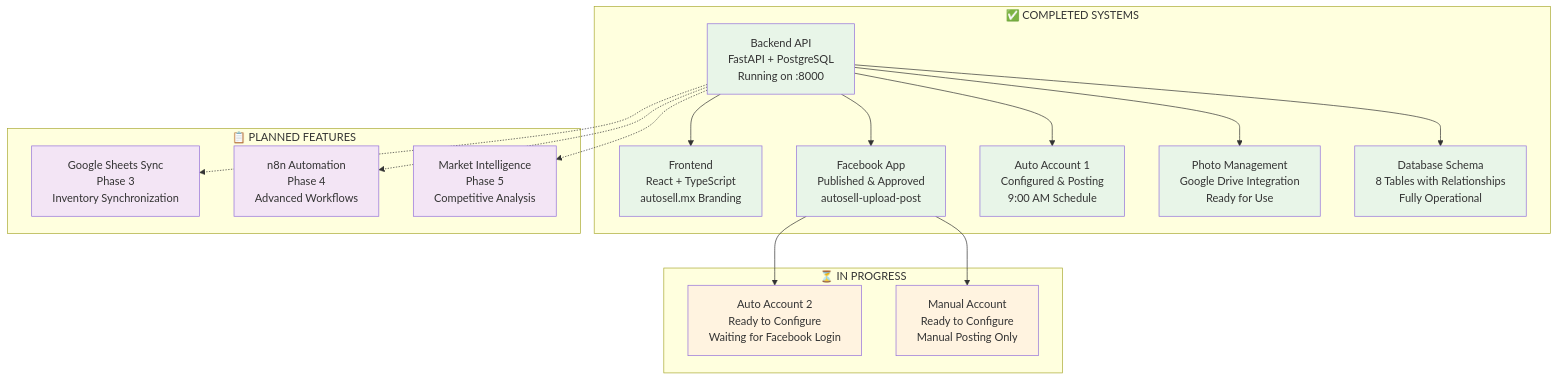
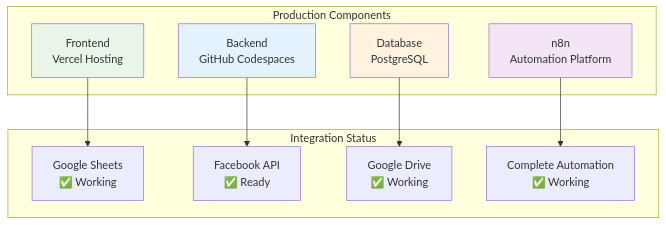
The tenth of 11 diagrams in prompts-mg.md (mg22mex/finalproject-mg), drawn with Mermaid before and after one commit. The commit also changed other lines of this file and 61386 other files, not shown here.

First line of the commit message:
📚 Complete Documentation Update - Final System Status

````diff
--- a/prompts-mg.md
+++ b/prompts-mg.md
@@ -1036,47 +936,26 @@
 ```mermaid
 graph TB
-    subgraph "✅ COMPLETED SYSTEMS"
-        A[Backend API<br/>FastAPI + PostgreSQL<br/>Running on :8000]
-        B[Frontend<br/>React + TypeScript<br/>autosell.mx Branding]
-        C[Facebook App<br/>Published & Approved<br/>autosell-upload-post]
-        D[Auto Account 1<br/>Configured & Posting<br/>9:00 AM Schedule]
-        E[Photo Management<br/>Google Drive Integration<br/>Ready for Use]
-        F[Database Schema<br/>8 Tables with Relationships<br/>Fully Operational]
+    subgraph "Production Components"
+        A[Frontend<br/>Vercel Hosting]
+        B[Backend<br/>GitHub Codespaces]
+        C[Database<br/>PostgreSQL]
+        D[n8n<br/>Automation Platform]
     end
     
-    subgraph "⏳ IN PROGRESS"
-        G[Auto Account 2<br/>Ready to Configure<br/>Waiting for Facebook Login]
-        H[Manual Account<br/>Ready to Configure<br/>Manual Posting Only]
+    subgraph "Integration Status"
+        E[Google Sheets<br/>✅ Working]
+        F[Facebook API<br/>✅ Ready]
+        G[Google Drive<br/>✅ Working]
+        H[Complete Automation<br/>✅ Working]
     end
     
-    subgraph "📋 PLANNED FEATURES"
-        I[Google Sheets Sync<br/>Phase 3<br/>Inventory Synchronization]
-        J[n8n Automation<br/>Phase 4<br/>Advanced Workflows]
-        K[Market Intelligence<br/>Phase 5<br/>Competitive Analysis]
-    end
-    
-    A --> B
-    A --> C
-    A --> D
     A --> E
-    A --> F
-    
+    B --> F
     C --> G
-    C --> H
-    
-    A -.-> I
-    A -.-> J
-    A -.-> K
+    D --> H
     
     style A fill:#e8f5e8
-    style B fill:#e8f5e8
-    style C fill:#e8f5e8
-    style D fill:#e8f5e8
-    style E fill:#e8f5e8
-    style F fill:#e8f5e8
-    style G fill:#fff3e0
-    style H fill:#fff3e0
-    style I fill:#f3e5f5
-    style J fill:#f3e5f5
-    style K fill:#f3e5f5
+    style B fill:#e3f2fd
+    style C fill:#fff3e0
+    style D fill:#f3e5f5
 ```
````
